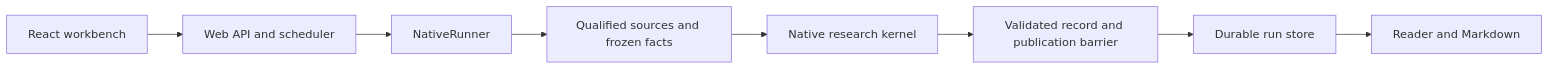
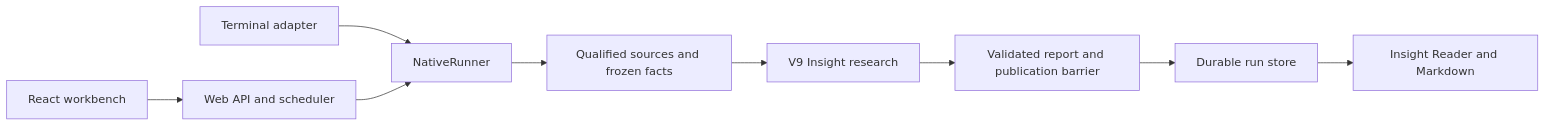
The diagram in ARCHITECTURE.md (david188888/TradingAgents), drawn with Mermaid before and after one commit. The commit also changed other lines of this file and 673 other files, not shown here.

````diff
--- a/ARCHITECTURE.md
+++ b/ARCHITECTURE.md
@@ -19,10 +11,11 @@
 ```mermaid
 flowchart LR
-    UI[React workbench] --> W[Web API and scheduler]
-    W --> E[NativeRunner]
-    E --> D[Qualified sources and frozen facts]
-    D --> K[Native research kernel]
-    K --> P[Validated record and publication barrier]
-    P --> S[Durable run store]
-    S --> R[Reader and Markdown]
+  CLI[Terminal adapter] --> E[NativeRunner]
+  UI[React workbench] --> W[Web API and scheduler]
+  W --> E
+  E --> D[Qualified sources and frozen facts]
+  D --> K[V9 Insight research]
+  K --> P[Validated report and publication barrier]
+  P --> S[Durable run store]
+  S --> R[Insight Reader and Markdown]
 ```
````
